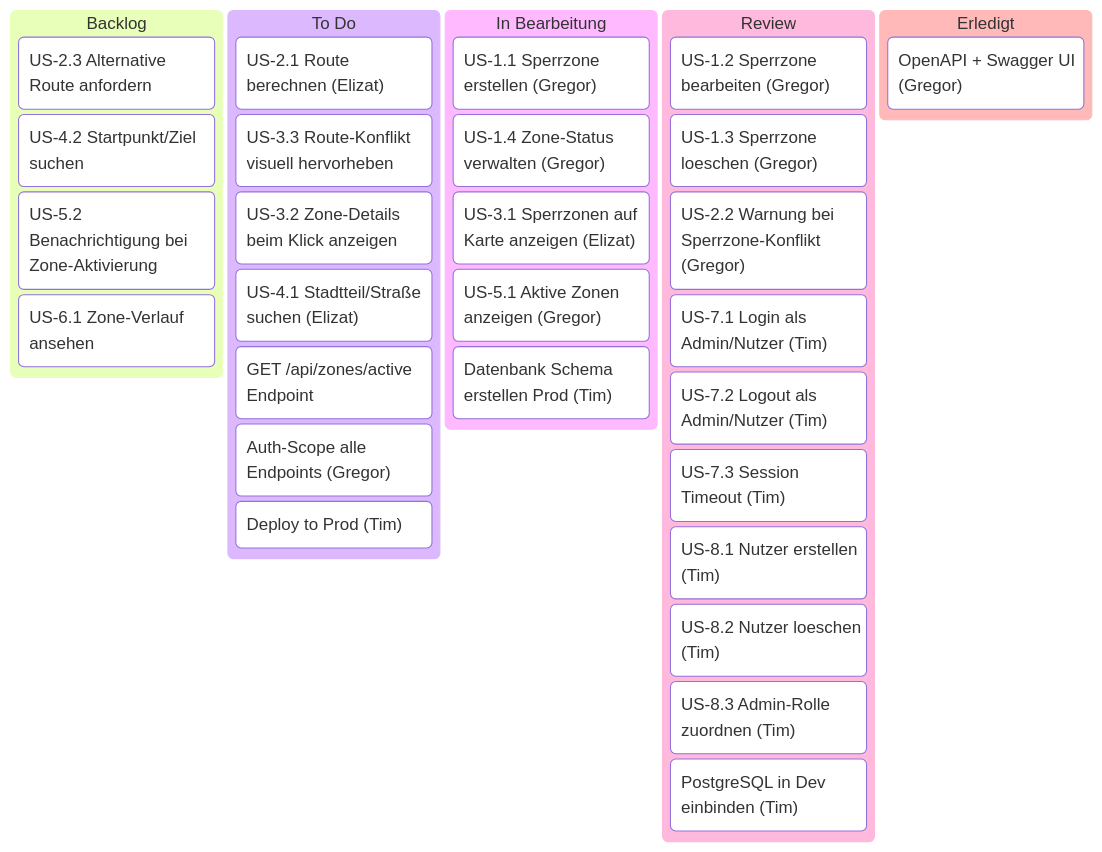
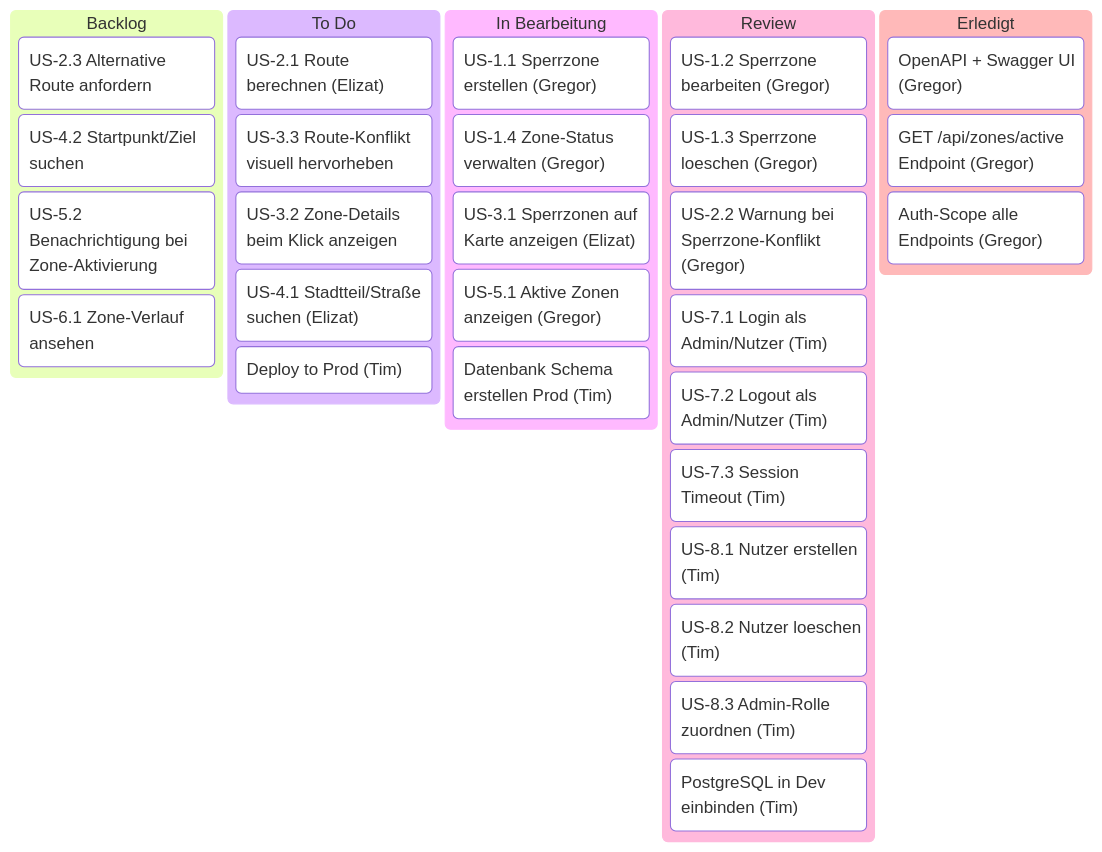
Before and after one commit to g8rdier/urban-flow-governance: the diagram in docs/project/PLAN.md, drawn with Mermaid.

Commit message:
docs: update kanban board after zones/active and auth scope

````diff
--- a/docs/project/PLAN.md
+++ b/docs/project/PLAN.md
@@ -15,44 +15,44 @@
 ```mermaid
 ---
 config:
   kanban:
     ticketBaseUrl: ''
 ---
 kanban
   Backlog
     b1[US-2.3 Alternative Route anfordern]
     b2[US-4.2 Startpunkt/Ziel suchen]
     b3[US-5.2 Benachrichtigung bei Zone-Aktivierung]
     b4[US-6.1 Zone-Verlauf ansehen]
 
   ToDo[To Do]
     t1["US-2.1 Route berechnen (Elizat)"]
     t2[US-3.3 Route-Konflikt visuell hervorheben]
     t3[US-3.2 Zone-Details beim Klick anzeigen]
     t4["US-4.1 Stadtteil/Straße suchen (Elizat)"]
-    t5["GET /api/zones/active Endpoint"]
-    t6["Auth-Scope alle Endpoints (Gregor)"]
     t8["Deploy to Prod (Tim)"]
 
   InProgress[In Bearbeitung]
     p1["US-1.1 Sperrzone erstellen (Gregor)"]
     p2["US-1.4 Zone-Status verwalten (Gregor)"]
     p3["US-3.1 Sperrzonen auf Karte anzeigen (Elizat)"]
     p4["US-5.1 Aktive Zonen anzeigen (Gregor)"]
     t7["Datenbank Schema erstellen Prod (Tim)"]
 
   Review
     r1["US-1.2 Sperrzone bearbeiten (Gregor)"]
     r2["US-1.3 Sperrzone loeschen (Gregor)"]
     r3["US-2.2 Warnung bei Sperrzone-Konflikt (Gregor)"]
     r4["US-7.1 Login als Admin/Nutzer (Tim)"]
     r5["US-7.2 Logout als Admin/Nutzer (Tim)"]
     r6["US-7.3 Session Timeout (Tim)"]
     r7["US-8.1 Nutzer erstellen (Tim)"]
     r8["US-8.2 Nutzer loeschen (Tim)"]
     r9["US-8.3 Admin-Rolle zuordnen (Tim)"]
     p5["PostgreSQL in Dev einbinden (Tim)"]
 
   Erledigt
     d1["OpenAPI + Swagger UI (Gregor)"]
+    d2["GET /api/zones/active Endpoint (Gregor)"]
+    d3["Auth-Scope alle Endpoints (Gregor)"]
 ```
````
